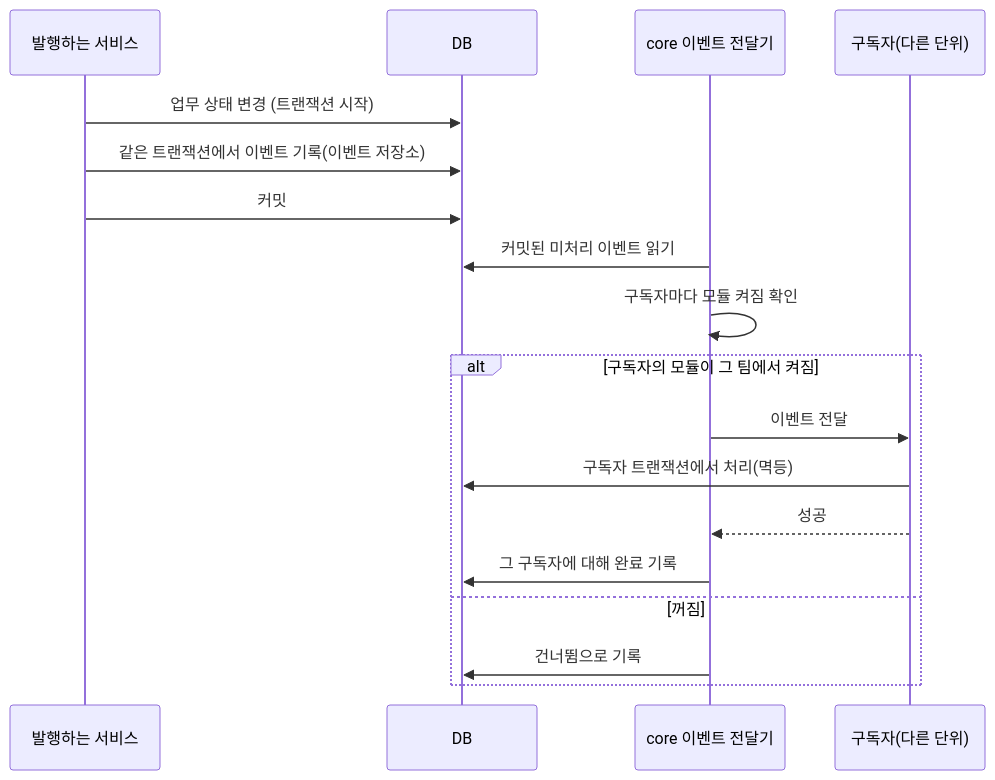
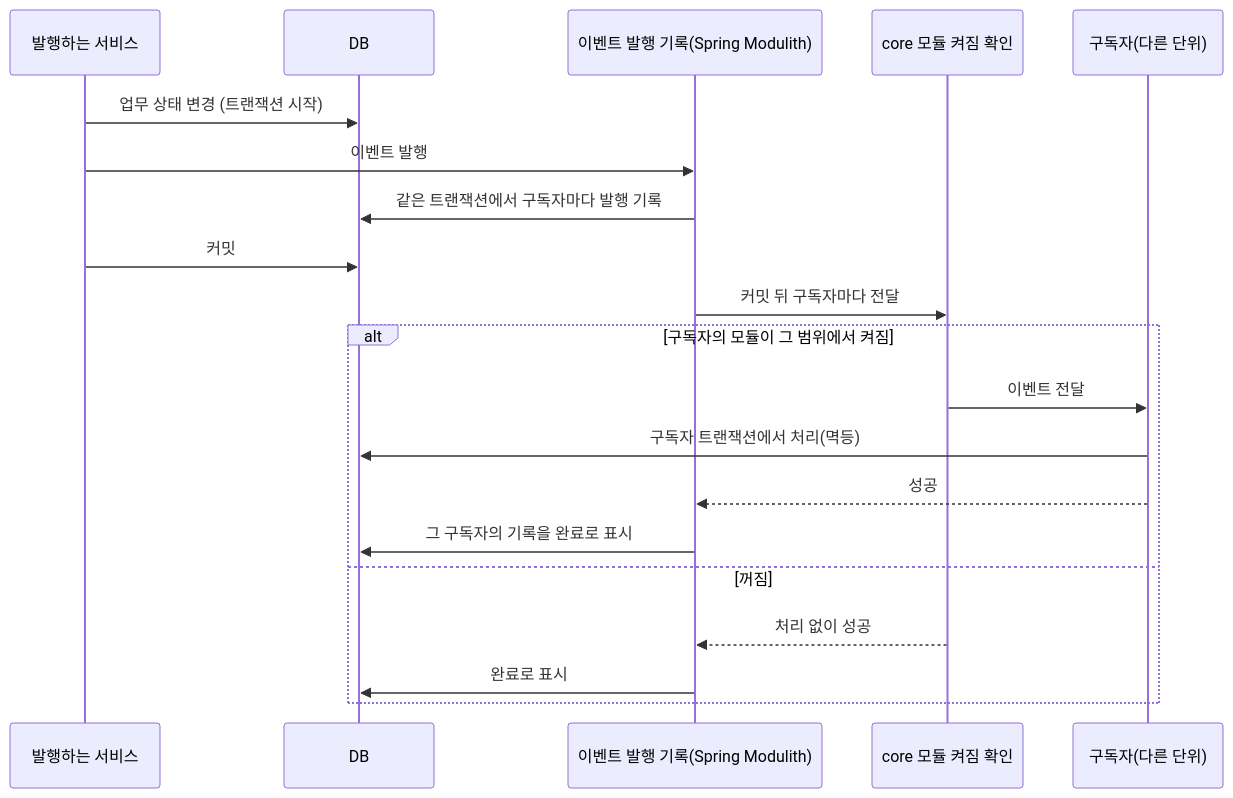
Before and after one commit to poseybutter/reberu: the second of 3 diagrams in docs/architecture/modules.md, drawn with Mermaid. The commit also changed other lines of this file and 14 other files, not shown here.

````diff
--- a/docs/architecture/modules.md
+++ b/docs/architecture/modules.md
@@ -124,20 +126,22 @@
 ```mermaid
 sequenceDiagram
     participant S as 발행하는 서비스
     participant DB as DB
-    participant D as core 이벤트 전달기
+    participant D as 이벤트 발행 기록(Spring Modulith)
+    participant G as core 모듈 켜짐 확인
     participant L as 구독자(다른 단위)
     S->>DB: 업무 상태 변경 (트랜잭션 시작)
-    S->>DB: 같은 트랜잭션에서 이벤트 기록(이벤트 저장소)
+    S->>D: 이벤트 발행
+    D->>DB: 같은 트랜잭션에서 구독자마다 발행 기록
     S->>DB: 커밋
-    D->>DB: 커밋된 미처리 이벤트 읽기
-    D->>D: 구독자마다 모듈 켜짐 확인
-    alt 구독자의 모듈이 그 팀에서 켜짐
-        D->>L: 이벤트 전달
+    D->>G: 커밋 뒤 구독자마다 전달
+    alt 구독자의 모듈이 그 범위에서 켜짐
+        G->>L: 이벤트 전달
         L->>DB: 구독자 트랜잭션에서 처리(멱등)
         L-->>D: 성공
-        D->>DB: 그 구독자에 대해 완료 기록
+        D->>DB: 그 구독자의 기록을 완료로 표시
     else 꺼짐
-        D->>DB: 건너뜀으로 기록
+        G-->>D: 처리 없이 성공
+        D->>DB: 완료로 표시
     end
 ```
````
